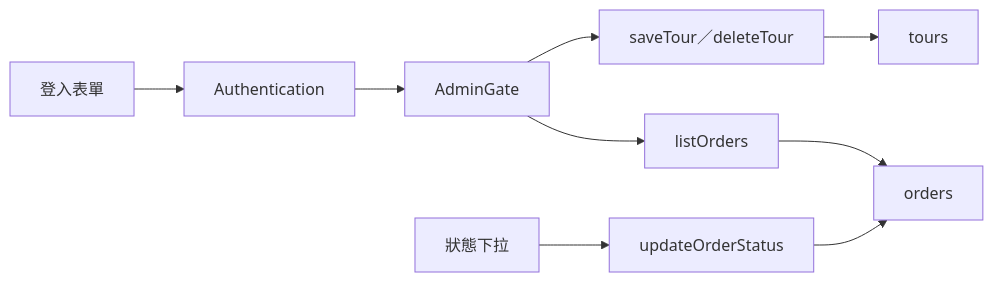
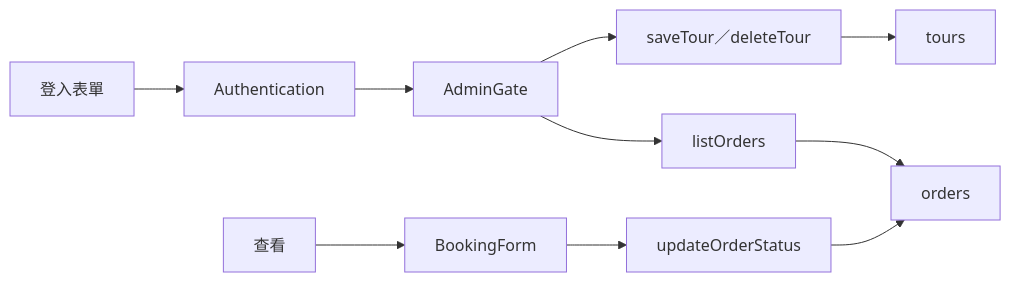
The fourth of 5 diagrams in source/_posts/lokiTech-15day-13-project-travel-api.md (summer10920/summer10920.github.io), drawn with Mermaid before and after one commit. The commit also changed other lines of this file and 1 other file, not shown here.

First line of the commit message:
講義 12、13：後台改為列表＋Dialog，拿掉 AdminTabs，訂單改狀態前確認軟刪

```diff
--- a/source/_posts/lokiTech-15day-13-project-travel-api.md
+++ b/source/_posts/lokiTech-15day-13-project-travel-api.md
@@ -1871,10 +1907,11 @@
 {% mermaid graph LR %}
   form["登入表單"] --> authn["Authentication"]
   authn --> gate["AdminGate"]
   gate --> tours["saveTour／deleteTour"]
   gate --> list["listOrders"]
   tours --> fsTours["tours"]
   list --> fs["orders"]
-  select["狀態下拉"] --> update["updateOrderStatus"]
+  view["查看"] --> dialog["BookingForm"]
+  dialog --> update["updateOrderStatus"]
   update --> fs
 {% endmermaid %}
```
